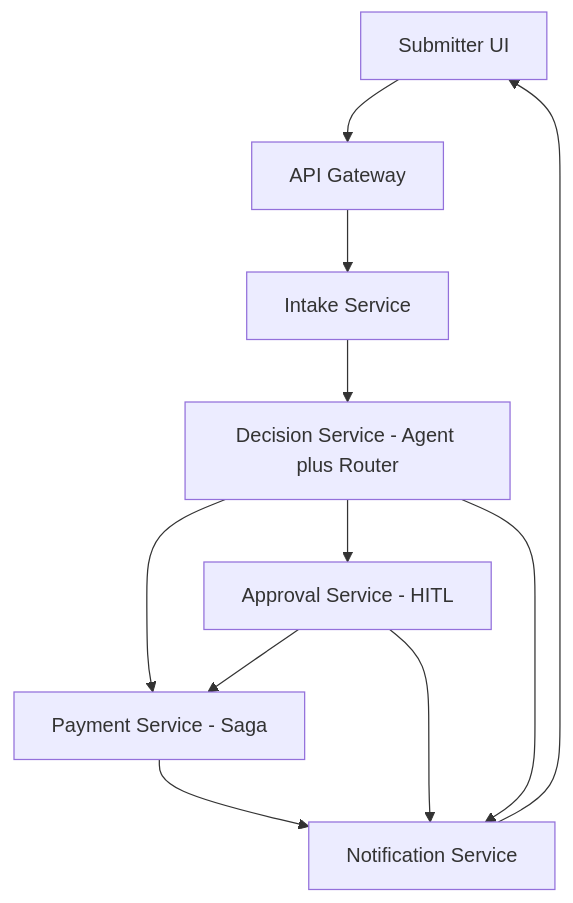
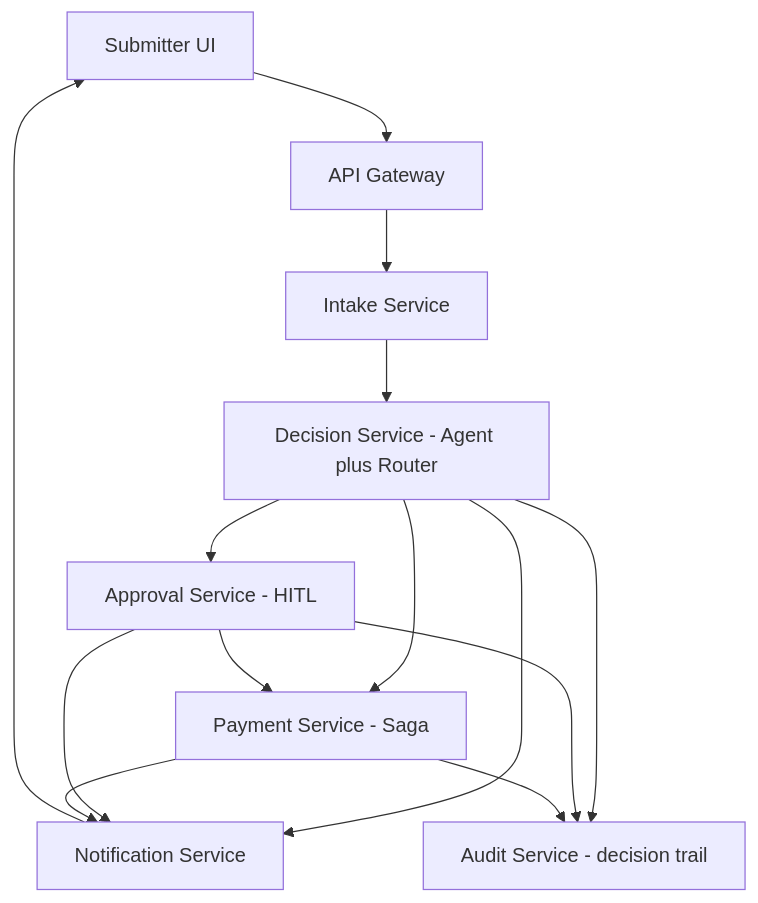
Before and after one commit to miryamizadka/invoice-approval-workflow: the first of 3 diagrams in ARCHITECTURE.md, drawn with Mermaid. The commit also changed other lines of this file and 17 other files, not shown here.

First line of the commit message:
Add Audit service for complete decision trail (F9) (#15)

````diff
--- a/ARCHITECTURE.md
+++ b/ARCHITECTURE.md
@@ -12,13 +12,16 @@
 ```mermaid 
     flowchart TD
     UI[Submitter UI] --> GW[API Gateway]
     GW --> IN[Intake Service]
     IN --> DEC[Decision Service - Agent plus Router]
     DEC --> PAY[Payment Service - Saga]
     DEC --> APP[Approval Service - HITL]
     DEC --> NOT[Notification Service]
     APP --> PAY
     APP --> NOT
     PAY --> NOT
     NOT --> UI
+    DEC --> AUD[Audit Service - decision trail]
+    APP --> AUD
+    PAY --> AUD
 ```
````
